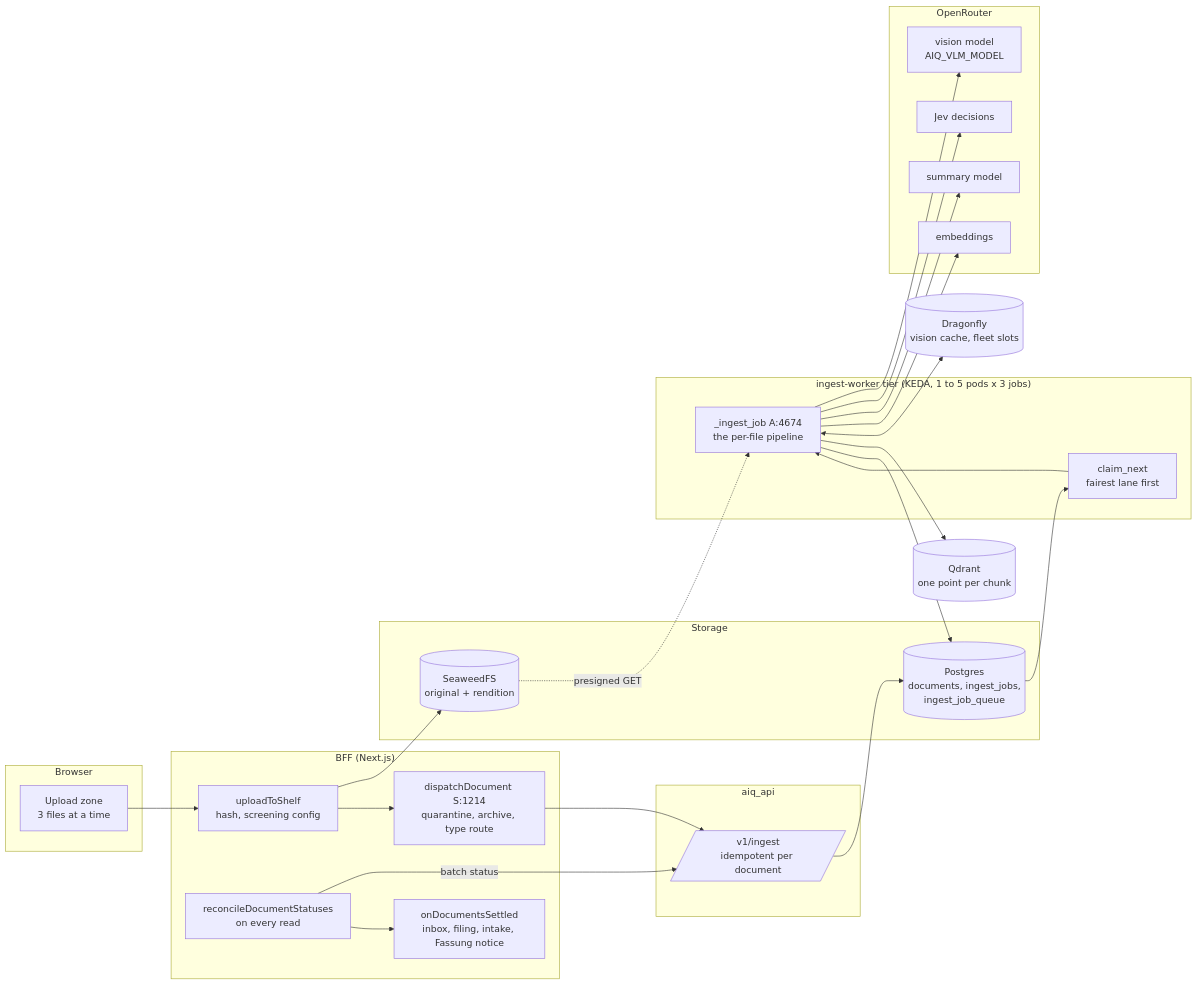
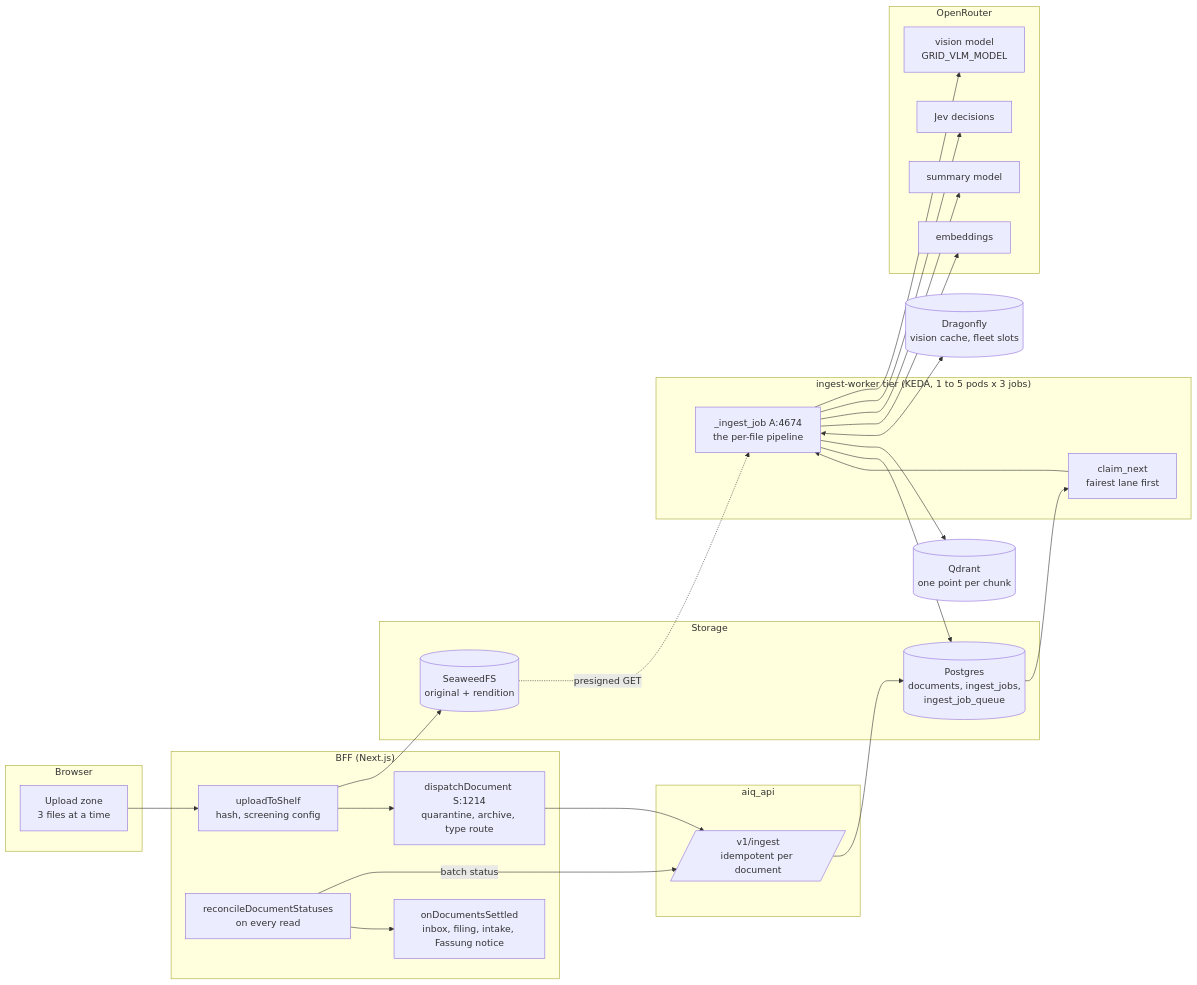
The first of 6 diagrams in docs/architecture/ingestion-pipeline.md (GRID-check/archos), drawn with Mermaid before and after one commit. The commit also changed other lines of this file and 218 other files, not shown here.

First line of the commit message:
refactor: rename the AIQ_ environment variables to the GRID_ house prefix (#1270)

````diff
--- a/docs/architecture/ingestion-pipeline.md
+++ b/docs/architecture/ingestion-pipeline.md
@@ -20,42 +20,42 @@
 ```mermaid
 flowchart LR
   subgraph Browser
     U[Upload zone<br/>3 files at a time]
   end
   subgraph BFF["BFF (Next.js)"]
     UP[uploadToShelf<br/>hash, screening config]
     DD[dispatchDocument S:1214<br/>quarantine, archive, type route]
     RC[reconcileDocumentStatuses<br/>on every read]
     ST[onDocumentsSettled<br/>inbox, filing, intake, Fassung notice]
   end
   subgraph Storage
     SW[(SeaweedFS<br/>original + rendition)]
     PG[(Postgres<br/>documents, ingest_jobs,<br/>ingest_job_queue)]
   end
   subgraph API["aiq_api"]
     IN[/v1/ingest<br/>idempotent per document/]
   end
   subgraph Worker["ingest-worker tier (KEDA, 1 to 5 pods x 3 jobs)"]
     CL[claim_next<br/>fairest lane first]
     PL[_ingest_job A:4674<br/>the per-file pipeline]
   end
   subgraph Providers["OpenRouter"]
-    VLM[vision model<br/>AIQ_VLM_MODEL]
+    VLM[vision model<br/>GRID_VLM_MODEL]
     JEV[Jev decisions]
     LLM[summary model]
     EMB[embeddings]
   end
   Q[(Qdrant<br/>one point per chunk)]
   DF[(Dragonfly<br/>vision cache, fleet slots)]
 
   U --> UP --> SW
   UP --> DD --> IN --> PG
   PG --> CL --> PL
   SW -. presigned GET .-> PL
   PL --> VLM & JEV & LLM & EMB
   PL <--> DF
   PL --> Q
   PL --> PG
   RC -- batch status --> IN
   RC --> ST
 ```
````
